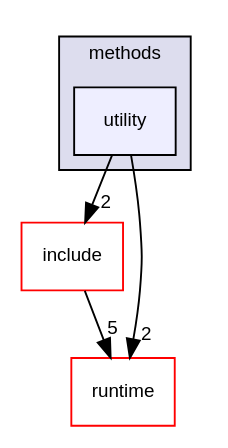
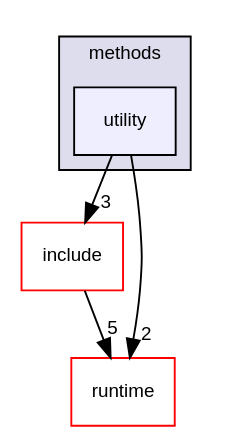
One commit to edgjj/cpp_vk_lib changed the diagram in docs/dir_27d896cb70d3450ee5566373ea975fd0_dep.dot. Above: the diagram before and after it, drawn with Graphviz. The commit also changed 126 other files, not shown here.

```diff
--- a/docs/dir_27d896cb70d3450ee5566373ea975fd0_dep.dot
+++ b/docs/dir_27d896cb70d3450ee5566373ea975fd0_dep.dot
@@ -1,14 +1,14 @@
 digraph "utility" {
   compound=true
   node [ fontsize="10", fontname="Helvetica"];
   edge [ labelfontsize="10", labelfontname="Helvetica"];
   subgraph clusterdir_e561c135bbcdfc646c1036808f6df096 {
     graph [ bgcolor="#ddddee", pencolor="black", label="methods" fontname="Helvetica", fontsize="10", URL="dir_e561c135bbcdfc646c1036808f6df096.html"]
   dir_27d896cb70d3450ee5566373ea975fd0 [shape=box, label="utility", style="filled", fillcolor="#eeeeff", pencolor="black", URL="dir_27d896cb70d3450ee5566373ea975fd0.html"];
   }
   dir_5a2e7e63c769be3e121e8a7cb4ca18ae [shape=box label="include" fillcolor="white" style="filled" color="red" URL="dir_5a2e7e63c769be3e121e8a7cb4ca18ae.html"];
   dir_ae58b8918dcb99903ff518e79eee4aff [shape=box label="runtime" fillcolor="white" style="filled" color="red" URL="dir_ae58b8918dcb99903ff518e79eee4aff.html"];
   dir_5a2e7e63c769be3e121e8a7cb4ca18ae->dir_ae58b8918dcb99903ff518e79eee4aff [headlabel="5", labeldistance=1.5 headhref="dir_000002_000015.html"];
-  dir_27d896cb70d3450ee5566373ea975fd0->dir_5a2e7e63c769be3e121e8a7cb4ca18ae [headlabel="2", labeldistance=1.5 headhref="dir_000013_000002.html"];
+  dir_27d896cb70d3450ee5566373ea975fd0->dir_5a2e7e63c769be3e121e8a7cb4ca18ae [headlabel="3", labeldistance=1.5 headhref="dir_000013_000002.html"];
   dir_27d896cb70d3450ee5566373ea975fd0->dir_ae58b8918dcb99903ff518e79eee4aff [headlabel="2", labeldistance=1.5 headhref="dir_000013_000015.html"];
 }
```
